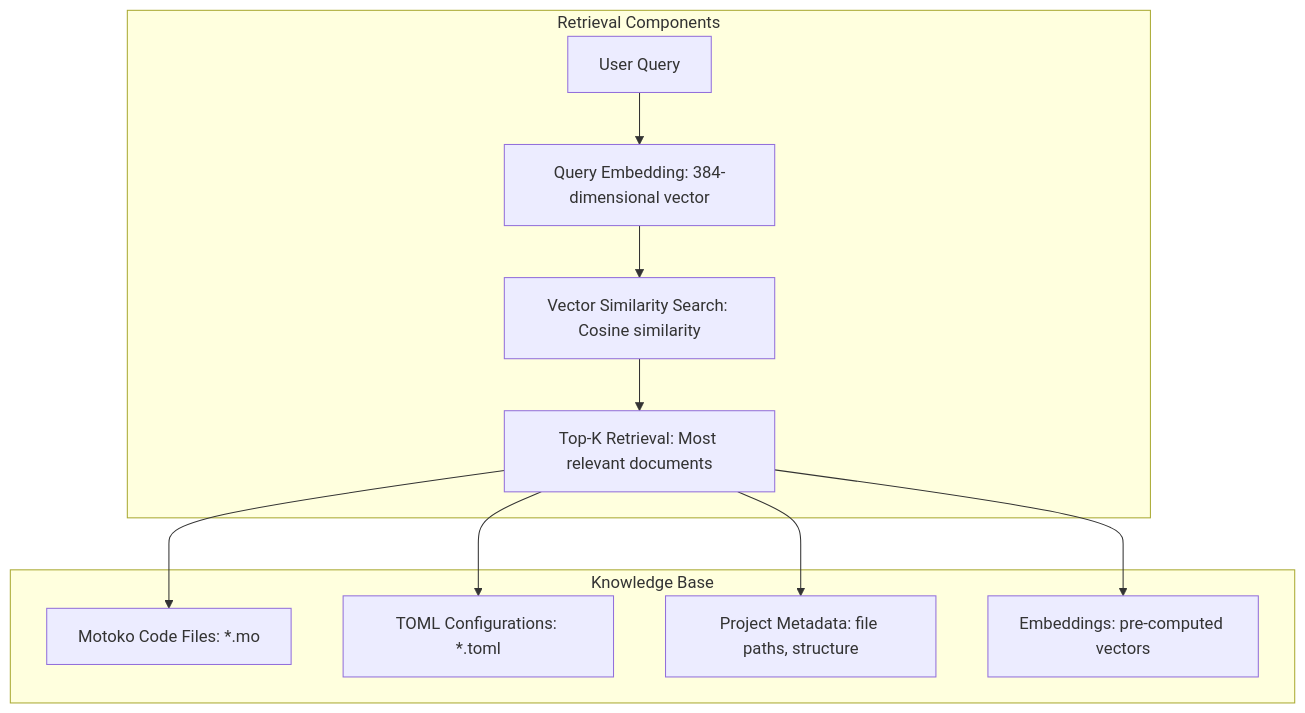
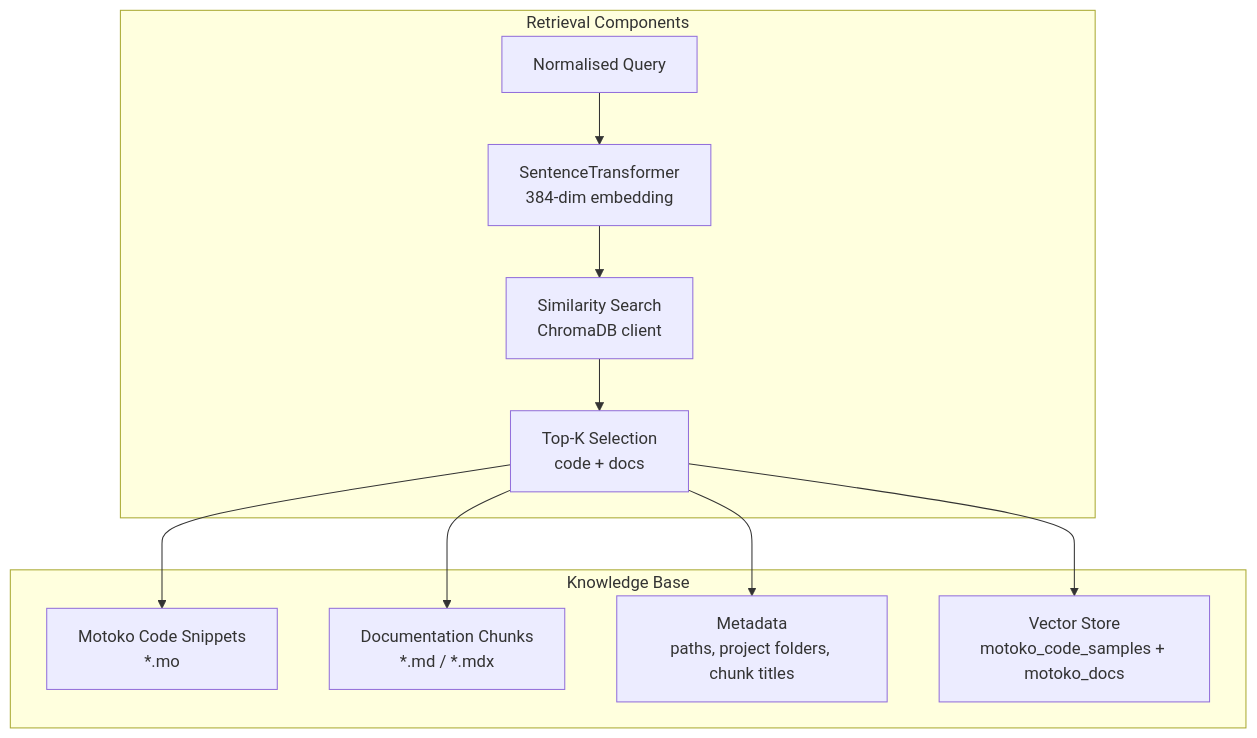
One commit to Quantum3-Labs/icp-coder changed the third of 4 diagrams in RAG_APPROACH_DIAGRAM.md. Above: the diagram before and after it, drawn with Mermaid. The commit also changed other lines of this file and 3 other files, not shown here.

Commit message:
Update rag diagrams, add architecture diagram

````diff
--- a/RAG_APPROACH_DIAGRAM.md
+++ b/RAG_APPROACH_DIAGRAM.md
@@ -38,23 +43,22 @@
 ```mermaid
 graph TB
     subgraph "Retrieval Components"
-        A1["User Query"]
-        A2["Query Embedding: 384-dimensional vector"]
-        A3["Vector Similarity Search: Cosine similarity"]
-        A4["Top-K Retrieval: Most relevant documents"]
+        A1["Normalised Query"]
+        A2["SentenceTransformer<br/>384-dim embedding"]
+        A3["Similarity Search<br/>ChromaDB client"]
+        A4["Top-K Selection<br/>code + docs"]
     end
     subgraph "Knowledge Base"
-        B1["Motoko Code Files: *.mo"]
-        B2["TOML Configurations: *.toml"]
-        B3["Project Metadata: file paths, structure"]
-        B4["Embeddings: pre-computed vectors"]
+        B1["Motoko Code Snippets<br/>*.mo"]
+        B2["Documentation Chunks<br/>*.md / *.mdx"]
+        B3["Metadata<br/>paths, project folders, chunk titles"]
+        B4["Vector Store<br/>motoko_code_samples + motoko_docs"]
     end
     A1 --> A2
     A2 --> A3
     A3 --> A4
     A4 --> B1
     A4 --> B2
     A4 --> B3
     A4 --> B4
-    %% Styling removed for GitHub compatibility
 ```
````
